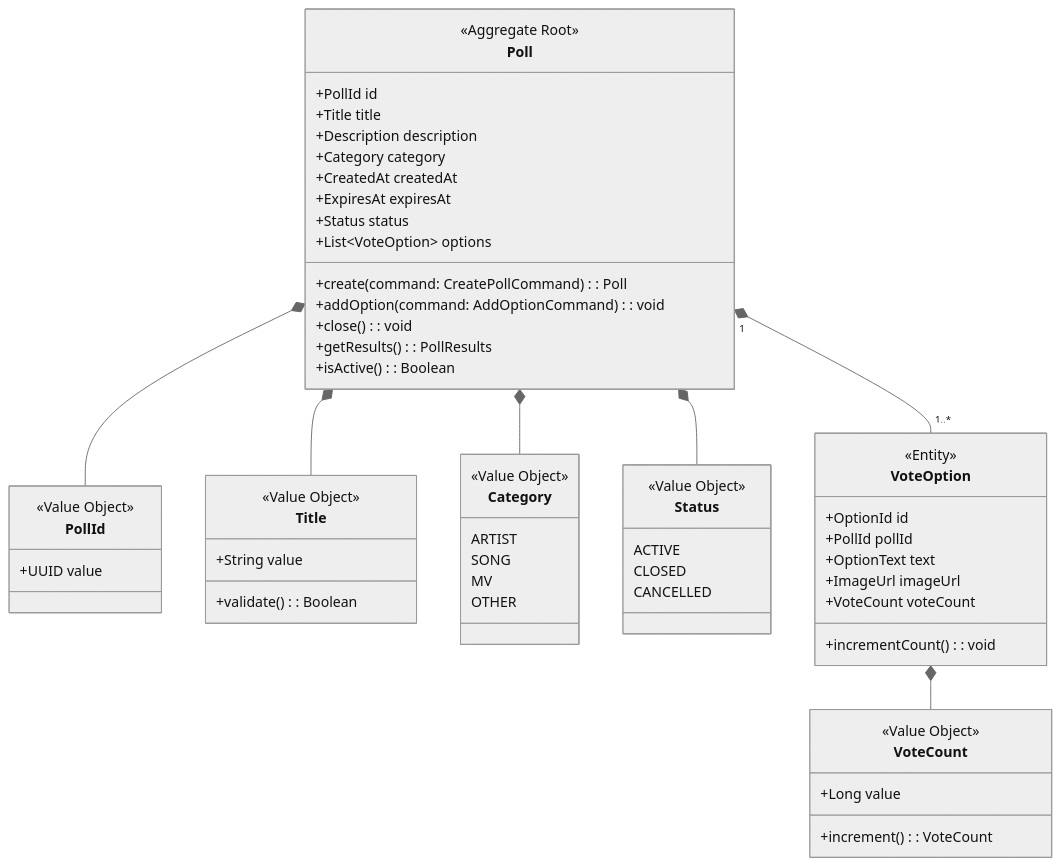
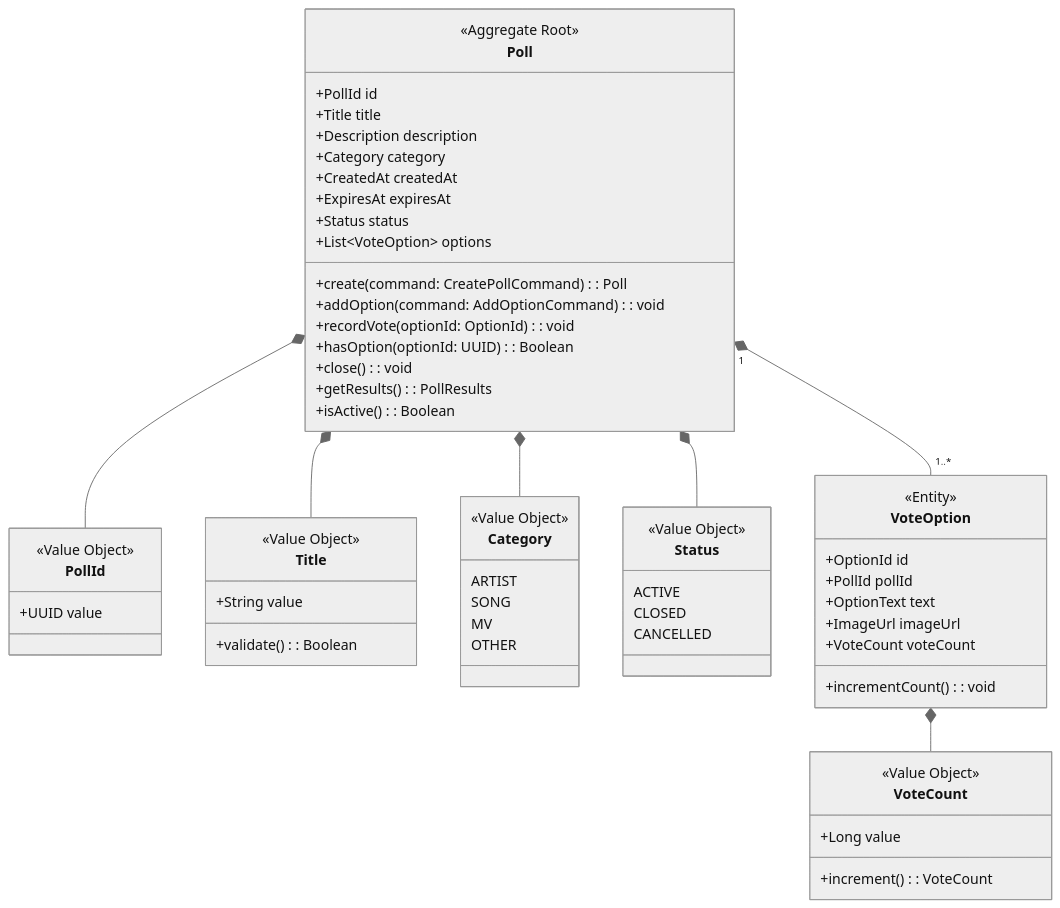
Before and after one commit to jskjw157/FanPulse: the first of 3 diagrams in doc/ddd/bounded-contexts/voting.md, drawn with Mermaid (neutral theme). The commit also changed other lines of this file and 5 other files, not shown here.

````diff
--- a/doc/ddd/bounded-contexts/voting.md
+++ b/doc/ddd/bounded-contexts/voting.md
@@ -49,68 +49,70 @@
 ```mermaid
 classDiagram
     class Poll {
         <<Aggregate Root>>
         +PollId id
         +Title title
         +Description description
         +Category category
         +CreatedAt createdAt
         +ExpiresAt expiresAt
         +Status status
         +List~VoteOption~ options
         +create(command: CreatePollCommand): Poll
         +addOption(command: AddOptionCommand): void
+        +recordVote(optionId: OptionId): void
+        +hasOption(optionId: UUID): Boolean
         +close(): void
         +getResults(): PollResults
         +isActive(): Boolean
     }
 
     class PollId {
         <<Value Object>>
         +UUID value
     }
 
     class Title {
         <<Value Object>>
         +String value
         +validate(): Boolean
     }
 
     class Category {
         <<Value Object>>
         ARTIST
         SONG
         MV
         OTHER
     }
 
     class Status {
         <<Value Object>>
         ACTIVE
         CLOSED
         CANCELLED
     }
 
     class VoteOption {
         <<Entity>>
         +OptionId id
         +PollId pollId
         +OptionText text
         +ImageUrl imageUrl
         +VoteCount voteCount
         +incrementCount(): void
     }
 
     class VoteCount {
         <<Value Object>>
         +Long value
         +increment(): VoteCount
     }
 
     Poll *-- PollId
     Poll *-- Title
     Poll *-- Category
     Poll *-- Status
     Poll "1" *-- "1..*" VoteOption
     VoteOption *-- VoteCount
 ```
````
